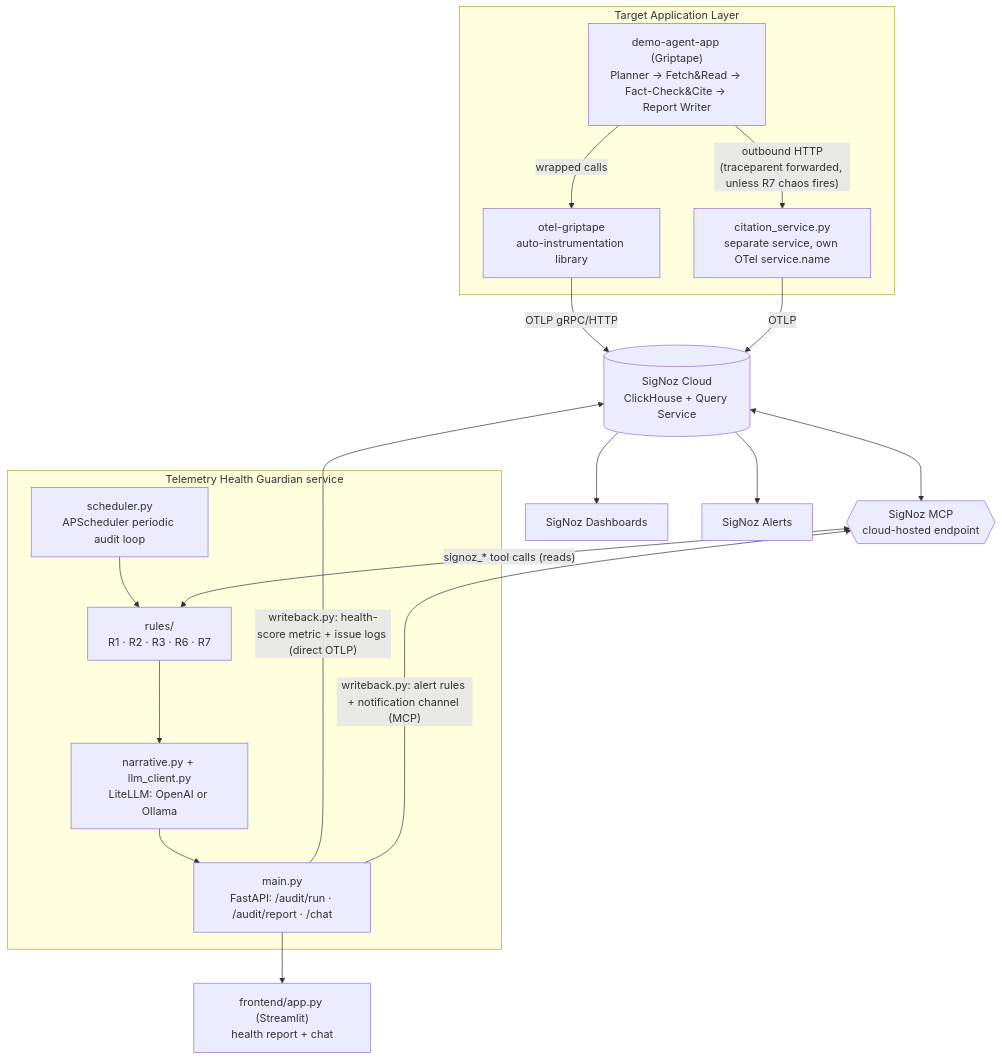
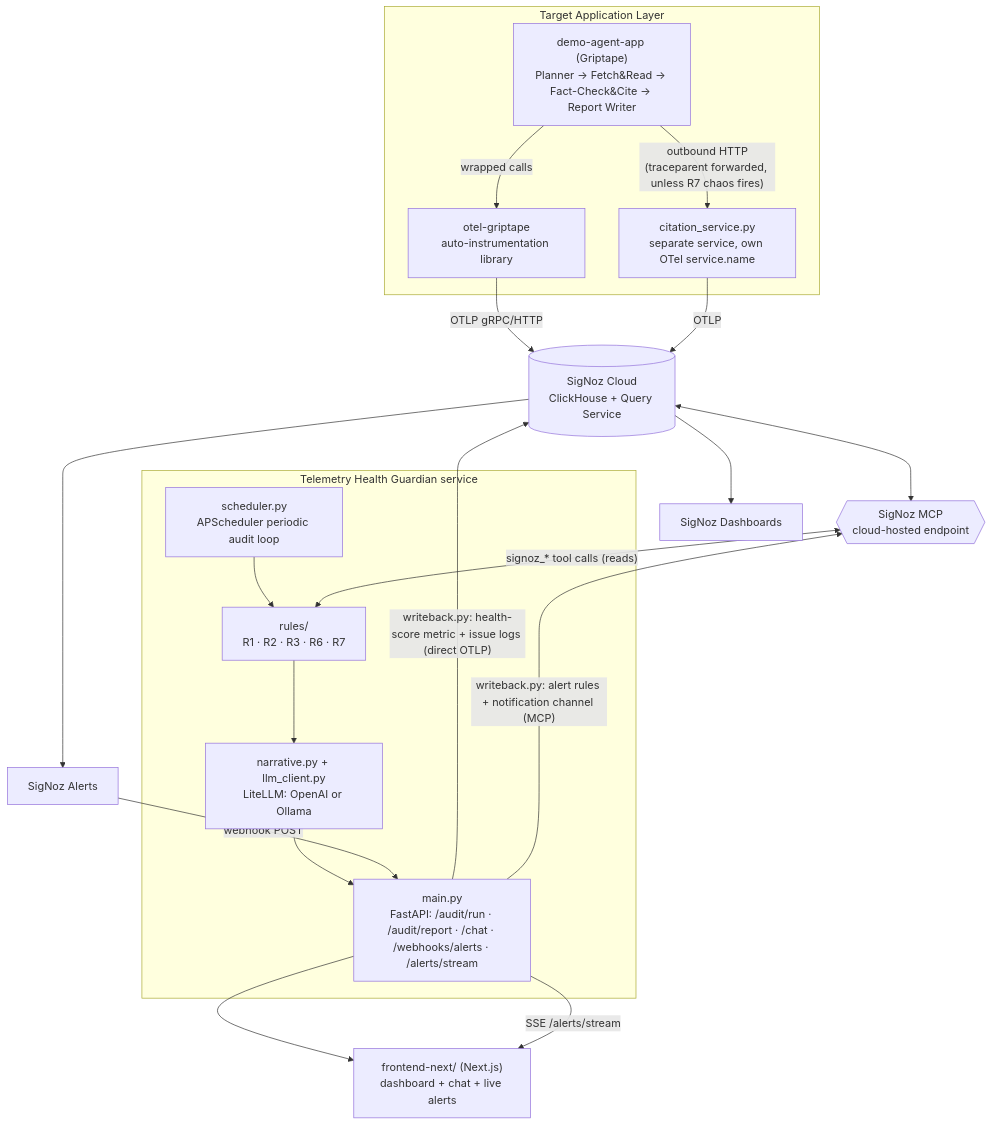
One commit to ayushraj09/telemetry-health-guardian changed the diagram in README.md. Above: the diagram before and after it, drawn with Mermaid. The commit also changed other lines of this file and 2 other files, not shown here.

````diff
--- a/README.md
+++ b/README.md
@@ -69,34 +69,36 @@
 ```mermaid
 flowchart TB
     subgraph TargetApp["Target Application Layer"]
         A["demo-agent-app (Griptape)<br/>Planner → Fetch&Read → Fact-Check&Cite → Report Writer"]
         A -->|wrapped calls| LIB["otel-griptape<br/>auto-instrumentation library"]
         A -->|"outbound HTTP<br/>(traceparent forwarded, unless R7 chaos fires)"| CITE["citation_service.py<br/>separate service, own OTel service.name"]
     end
 
     LIB -->|OTLP gRPC/HTTP| SIGNOZ[(SigNoz Cloud<br/>ClickHouse + Query Service)]
     CITE -->|OTLP| SIGNOZ
 
     subgraph Guardian["Telemetry Health Guardian service"]
         SCHED["scheduler.py<br/>APScheduler periodic audit loop"]
         RULES["rules/<br/>R1 · R2 · R3 · R6 · R7"]
         LLMLAYER["narrative.py + llm_client.py<br/>LiteLLM: OpenAI or Ollama"]
-        API["main.py<br/>FastAPI: /audit/run · /audit/report · /chat"]
+        API["main.py<br/>FastAPI: /audit/run · /audit/report · /chat · /webhooks/alerts · /alerts/stream"]
         SCHED --> RULES
         RULES --> LLMLAYER
         LLMLAYER --> API
     end
 
     MCP{{"SigNoz MCP<br/>cloud-hosted endpoint"}}
     SIGNOZ <--> MCP
     MCP <-->|"signoz_* tool calls (reads)"| RULES
 
     API -->|"writeback.py: health-score metric + issue logs (direct OTLP)"| SIGNOZ
     API -->|"writeback.py: alert rules + notification channel (MCP)"| MCP
 
-    UI["frontend/app.py (Streamlit)<br/>health report + chat"]
+    UI["frontend-next/ (Next.js)<br/>dashboard + chat + live alerts"]
     API --> UI
+    API -->|"SSE /alerts/stream"| UI
 
     SIGNOZ --> DASH[SigNoz Dashboards]
     SIGNOZ --> ALERTS[SigNoz Alerts]
+    ALERTS -->|"webhook POST"| API
 ```
````
